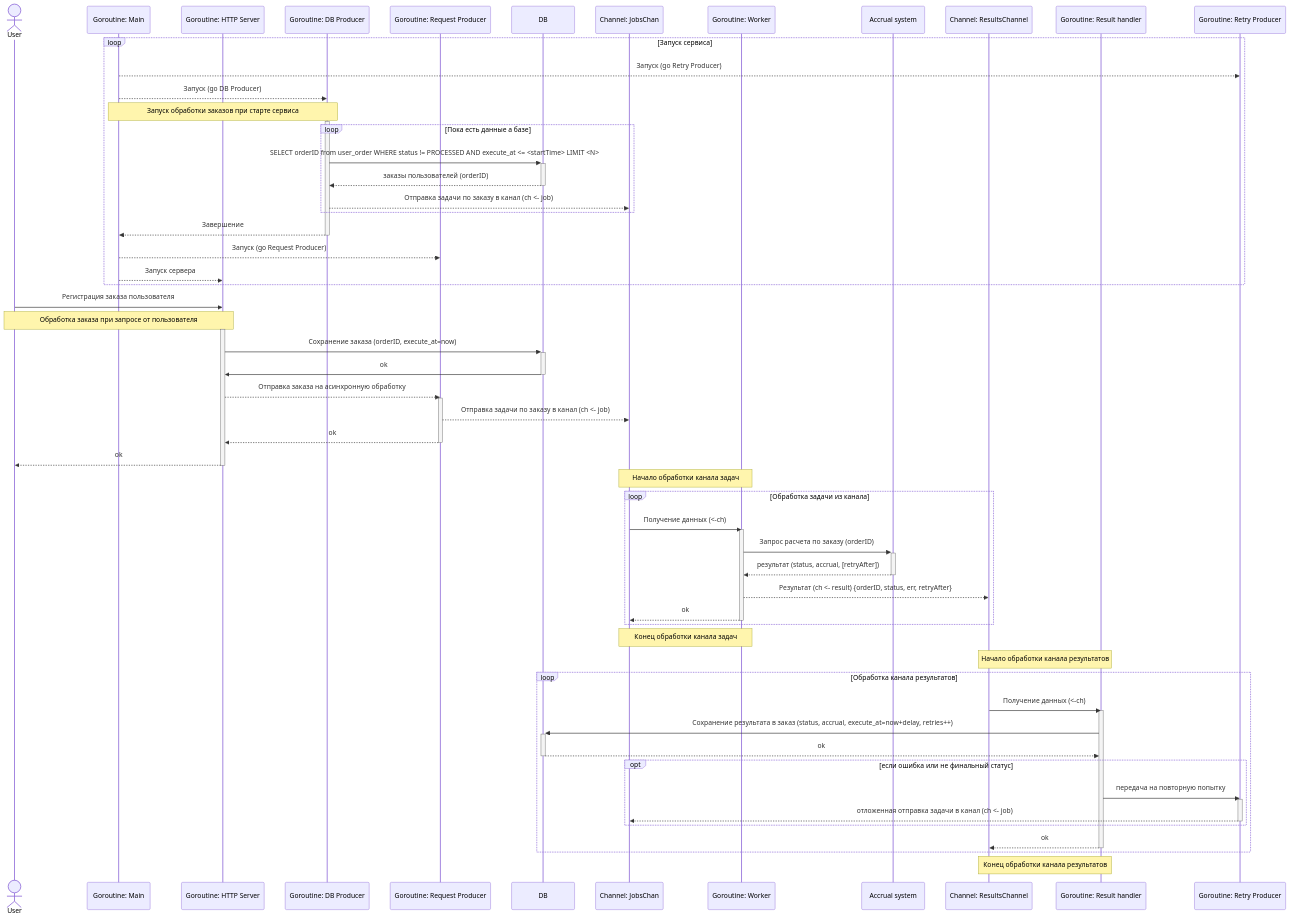
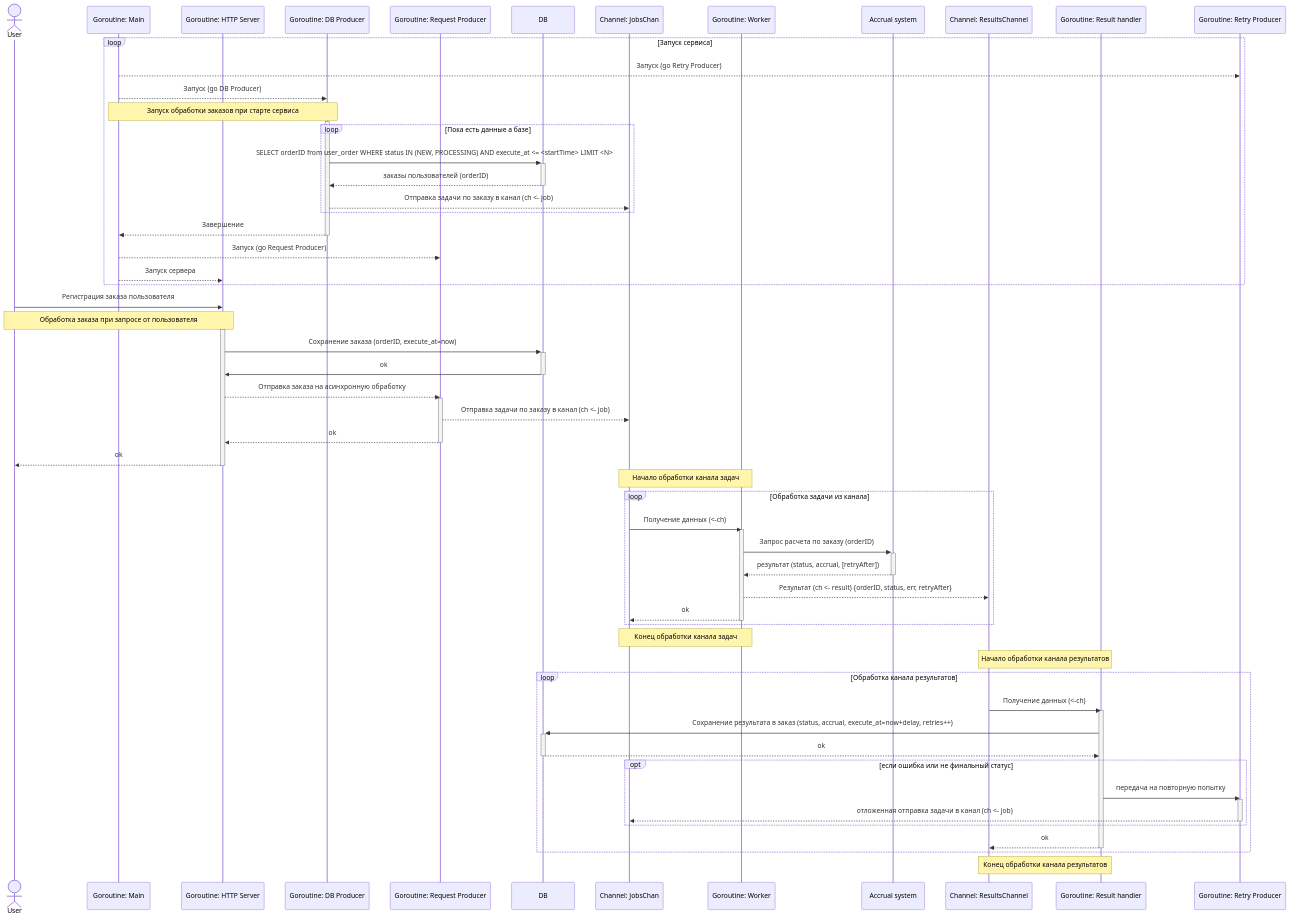
Before and after one commit to liebeSonne/gophermart: the diagram in docs/AsyncSequence.mmd, drawn with Mermaid.

Commit message:
v1 - исправил не окончательные статусы

```diff
--- a/docs/AsyncSequence.mmd
+++ b/docs/AsyncSequence.mmd
@@ -1,73 +1,73 @@
 sequenceDiagram
     actor User as User
     participant Main as Goroutine: Main
     participant Server as Goroutine: HTTP Server
     participant PDB as Goroutine: DB Producer
     participant PRequest as Goroutine: Request Producer
     participant DB as DB
     participant JobsCh as Channel: JobsChan
     participant Worker as Goroutine: Worker
     participant Accrual as Accrual system
     participant ResultCh as Channel: ResultsChannel
     participant ResultHandler as Goroutine: Result handler
     participant PRetry as Goroutine: Retry Producer
 
     loop Запуск сервиса
         Main-->>PRetry: Запуск (go Retry Producer)
         Main-->>PDB: Запуск (go DB Producer)
         Note over Main,PDB: Запуск обработки заказов при старте сервиса
         activate PDB
             loop Пока есть данные а базе
                 %% Выборка заказов, с лимитом на один запрос, в не завершенном статусе с execute_at меньше даты старта
-                PDB->>+DB: SELECT orderID from user_order WHERE status != PROCESSED AND execute_at <= <startTime> LIMIT <N>
+                PDB->>+DB: SELECT orderID from user_order WHERE status IN (NEW, PROCESSING) AND execute_at <= <startTime> LIMIT <N>
                 DB-->>-PDB: заказы пользователей (orderID)
                 PDB-->>JobsCh: Отправка задачи по заказу в канал (ch <- job)
             end
         PDB-->>Main: Завершение
         deactivate PDB
         Main-->>PRequest: Запуск (go Request Producer)
         Main-->>Server: Запуск сервера
     end
 
     User->>Server: Регистрация заказа пользователя
     Note over User,Server: Обработка заказа при запросе от пользователя
     activate Server
         Server->>+DB: Сохранение заказа (orderID, execute_at=now)
         DB->>-Server: ok
         Server-->>PRequest: Отправка заказа на асинхронную обработку
         activate PRequest
             PRequest-->>JobsCh: Отправка задачи по заказу в канал (ch <- job)
             PRequest-->>Server: ok
         deactivate PRequest
         Server-->>User: ok
     deactivate Server
 
 
     Note over JobsCh, Worker: Начало обработки канала задач
     loop Обработка задачи из канала
         JobsCh->>Worker: Получение данных (<-ch)
         activate Worker
             Worker->>+Accrual: Запрос расчета по заказу (orderID)
             Accrual-->>-Worker: результат (status, accrual, [retryAfter])
             Worker-->>ResultCh: Результат (ch <- result) {orderID, status, err, retryAfter}
             Worker-->>JobsCh: ok
         deactivate Worker
     end
     Note over JobsCh, Worker: Конец обработки канала задач
 
     Note over ResultCh, ResultHandler: Начало обработки канала результатов
     loop Обработка канала результатов
         ResultCh->>ResultHandler: Получение данных (<-ch)
         activate ResultHandler
             ResultHandler->>+DB: Сохранение результата в заказ (status, accrual, execute_at=now+delay, retries++)
             DB-->>-ResultHandler: ok
             opt если ошибка или не финальный статус
                 ResultHandler->>PRetry: передача на повторную попытку
                 activate PRetry
                 PRetry-->>JobsCh: отложенная отправка задачи в канал (ch <- job)
                 deactivate PRetry
             end
         ResultHandler-->>ResultCh: ok
         deactivate ResultHandler
     end
     Note over ResultCh, ResultHandler: Конец обработки канала результатов
```
